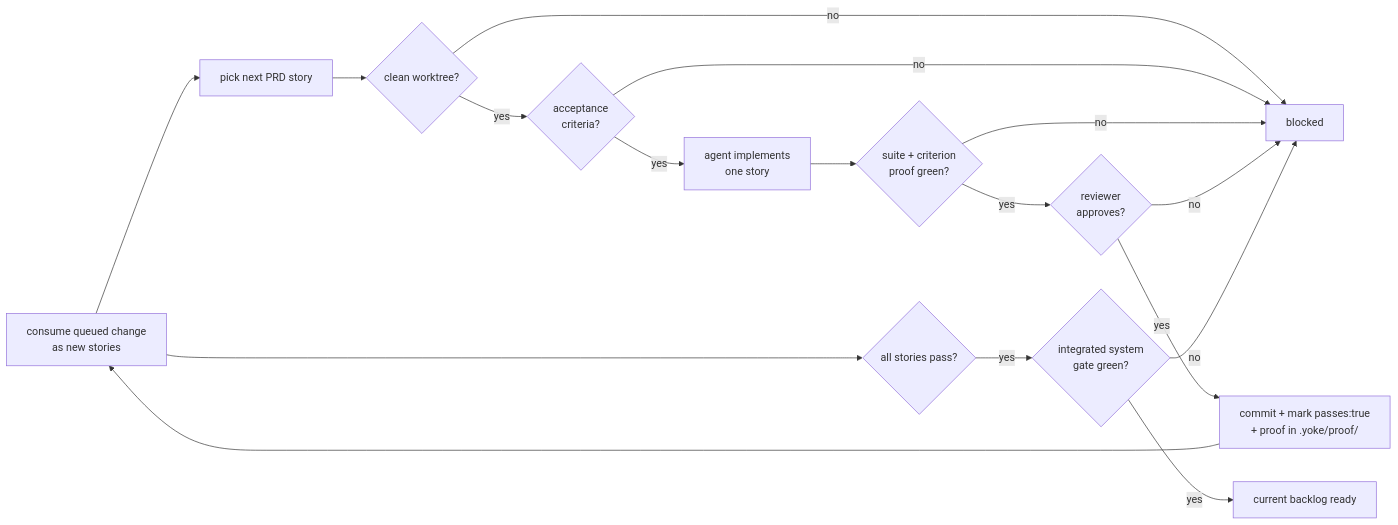
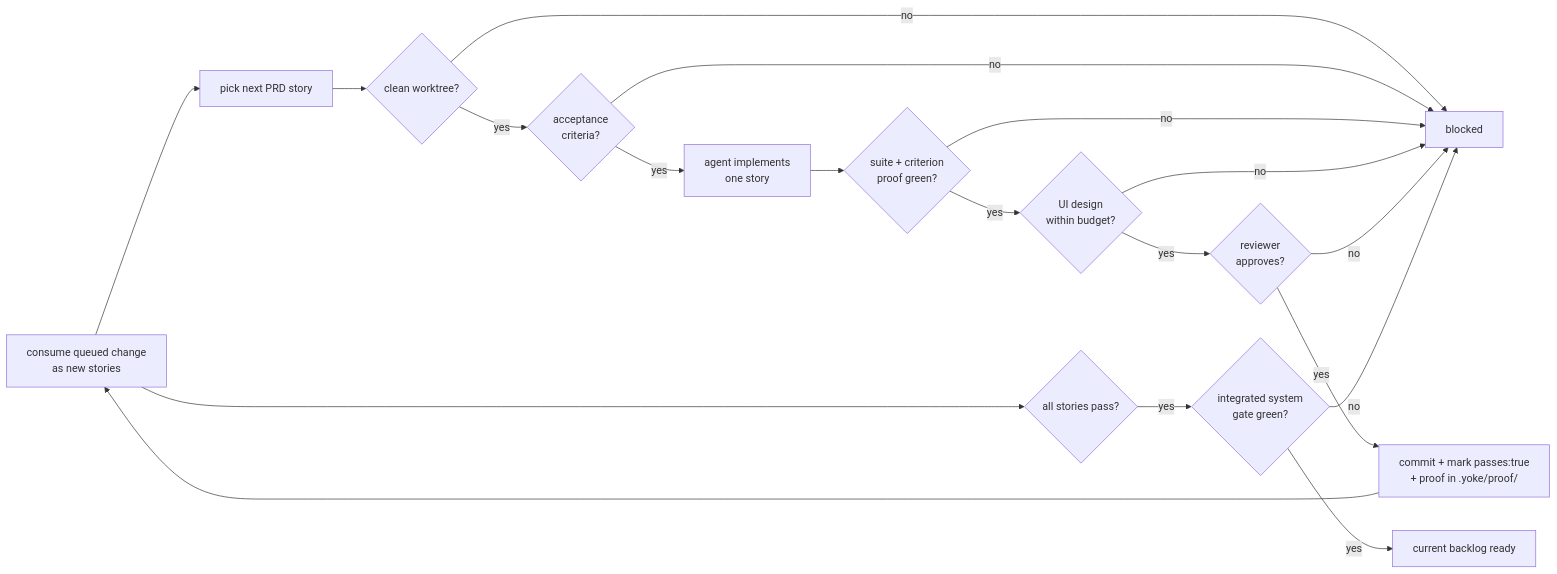
One commit to HECer/yoke changed the second of 2 diagrams in README.md. Above: the diagram before and after it, drawn with Mermaid. The commit also changed other lines of this file and 9 other files, not shown here.

````diff
--- a/README.md
+++ b/README.md
@@ -321,19 +331,21 @@
 ```mermaid
 flowchart LR
     I[consume queued change<br/>as new stories] --> A[pick next PRD story]
     A --> B{clean worktree?}
     B -- no --> X[blocked]
     B -- yes --> C{acceptance<br/>criteria?}
     C -- no --> X
     C -- yes --> D[agent implements<br/>one story]
     D --> E{suite + criterion<br/>proof green?}
     E -- no --> X
-    E -- yes --> F{reviewer<br/>approves?}
+    E -- yes --> V{UI design<br/>within budget?}
+    V -- no --> X
+    V -- yes --> F{reviewer<br/>approves?}
     F -- no --> X
     F -- yes --> G[commit + mark passes:true<br/>+ proof in .yoke/proof/]
     G --> I
     I --> H{all stories pass?}
     H -- yes --> J{integrated system<br/>gate green?}
     J -- no --> X
     J -- yes --> K[current backlog ready]
 ```
````
